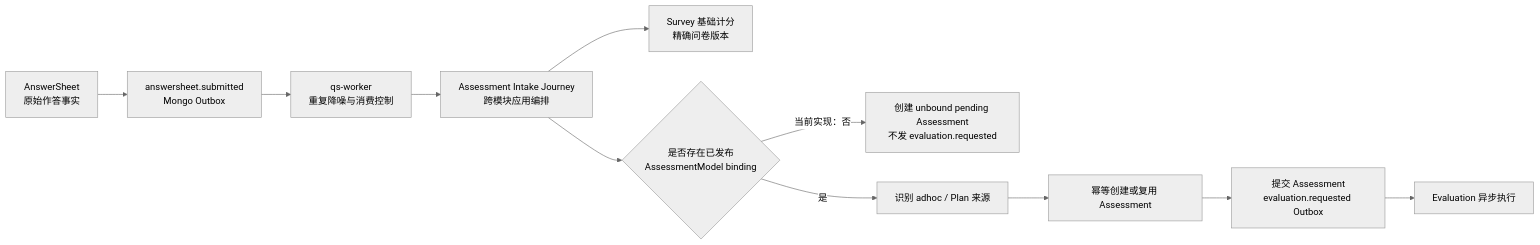
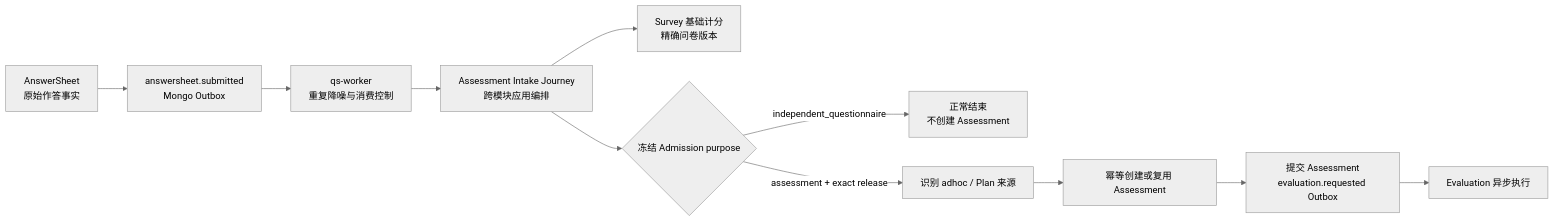
One commit to FangcunMount/qs-server changed the diagram in docs/02-业务模块/10-survey/32-关键链路-从作答事实到测评执行.md. Above: the diagram before and after it, drawn with Mermaid (neutral theme). The commit also changed other lines of this file and 25 other files, not shown here.

````diff
--- a/docs/02-业务模块/10-survey/32-关键链路-从作答事实到测评执行.md
+++ b/docs/02-业务模块/10-survey/32-关键链路-从作答事实到测评执行.md
@@ -22,13 +22,13 @@
 ```mermaid
 flowchart LR
     A["AnswerSheet<br/>原始作答事实"] --> O["answersheet.submitted<br/>Mongo Outbox"]
     O --> W["qs-worker<br/>重复降噪与消费控制"]
     W --> J["Assessment Intake Journey<br/>跨模块应用编排"]
     J --> S["Survey 基础计分<br/>精确问卷版本"]
-    J --> B{"是否存在已发布<br/>AssessmentModel binding"}
-    B -->|"当前实现：否"| U["创建 unbound pending Assessment<br/>不发 evaluation.requested"]
-    B -->|"是"| P["识别 adhoc / Plan 来源"]
+    J --> B{"冻结 Admission purpose"}
+    B -->|"independent_questionnaire"| U["正常结束<br/>不创建 Assessment"]
+    B -->|"assessment + exact release"| P["识别 adhoc / Plan 来源"]
     P --> E["幂等创建或复用 Assessment"]
     E --> R["提交 Assessment<br/>evaluation.requested Outbox"]
     R --> X["Evaluation 异步执行"]
 ```
````
